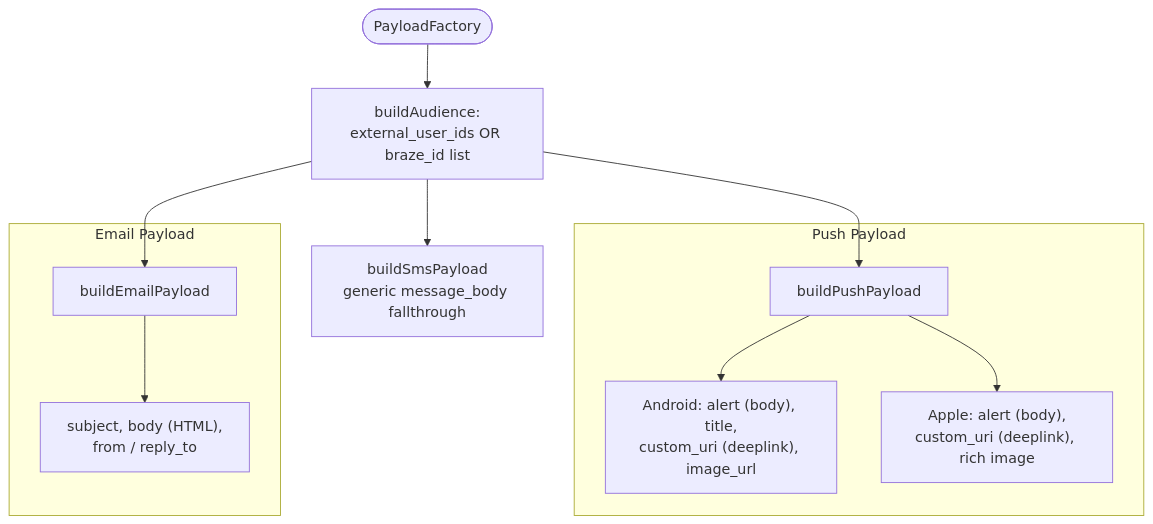
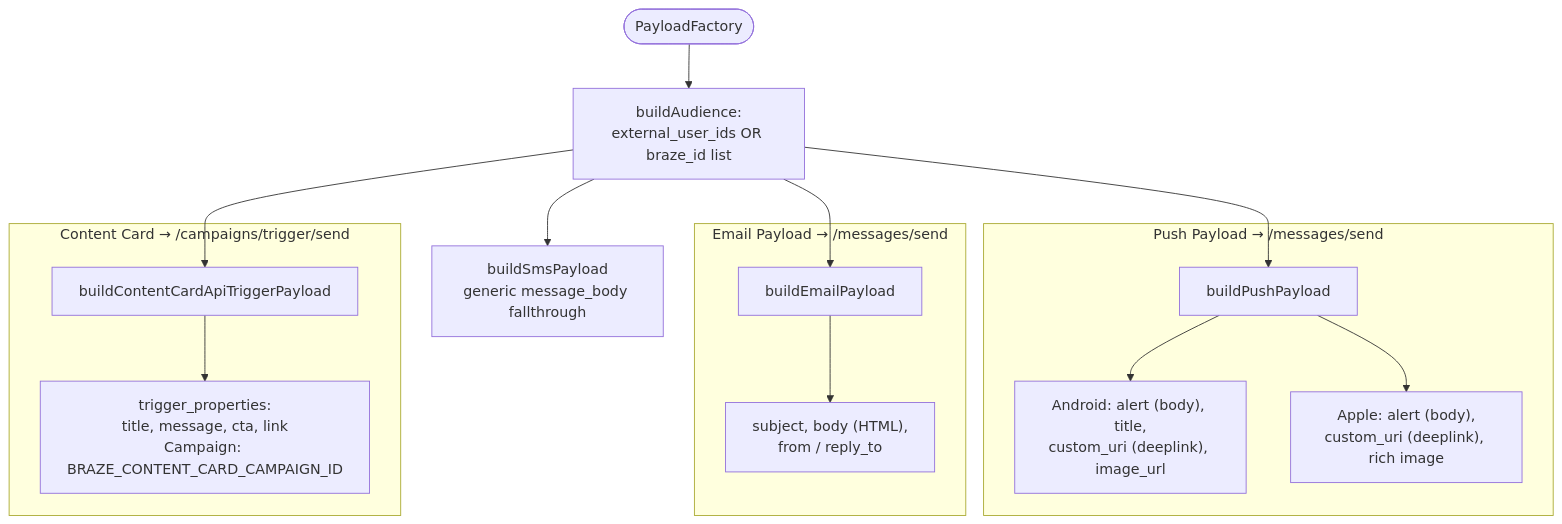
Before and after one commit to ender1311/nexusAi: the second of 3 diagrams in docs/braze-integration.md, drawn with Mermaid. The commit also changed other lines of this file and 21 other files, not shown here.

First line of the commit message:
feat(content-cards): content card library + API-triggered send via Braze campaign

````diff
--- a/docs/braze-integration.md
+++ b/docs/braze-integration.md
@@ -68,17 +67,22 @@
 ```mermaid
 flowchart TD
     PF([PayloadFactory]) --> AUDIENCE[buildAudience:<br/>external_user_ids OR braze_id list]
 
     AUDIENCE --> PUSH[buildPushPayload]
     AUDIENCE --> EMAIL[buildEmailPayload]
+    AUDIENCE --> CC[buildContentCardApiTriggerPayload]
     AUDIENCE --> OTHER[buildSmsPayload<br/>generic message_body fallthrough]
 
-    subgraph PUSH_DETAIL["Push Payload"]
+    subgraph PUSH_DETAIL["Push Payload → /messages/send"]
         PUSH --> ANDROID["Android: alert (body), title,<br/>custom_uri (deeplink), image_url"]
         PUSH --> APPLE["Apple: alert (body),<br/>custom_uri (deeplink), rich image"]
     end
 
-    subgraph EMAIL_DETAIL["Email Payload"]
+    subgraph EMAIL_DETAIL["Email Payload → /messages/send"]
         EMAIL --> EFIELDS["subject, body (HTML),<br/>from / reply_to"]
     end
+
+    subgraph CC_DETAIL["Content Card → /campaigns/trigger/send"]
+        CC --> CC_TP["trigger_properties:<br/>title, message, cta, link<br/>Campaign: BRAZE_CONTENT_CARD_CAMPAIGN_ID"]
+    end
 ```
````
